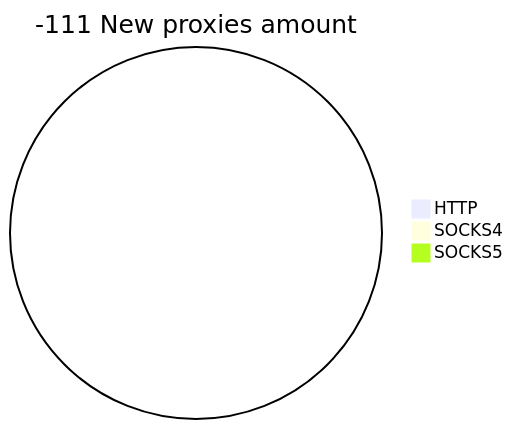
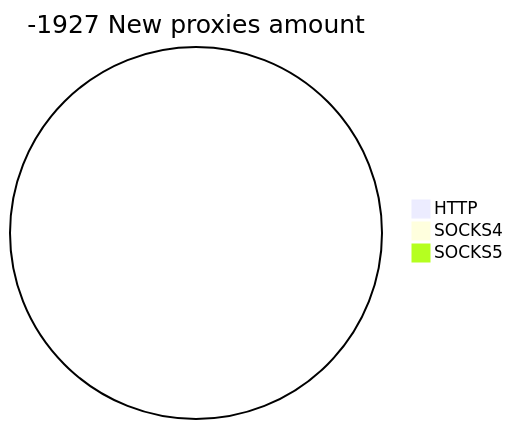
Before and after one commit to cutipu/proxylist: the second of 2 diagrams in README.md, drawn with Mermaid. The commit also changed other lines of this file, not shown here.

````diff
--- a/README.md
+++ b/README.md
@@ -10,6 +10,6 @@
 ```mermaid
-pie title -111 New proxies amount
+pie title -1927 New proxies amount
     "HTTP" : 0
     "SOCKS4" : 0
     "SOCKS5" : 0
 ```
````
